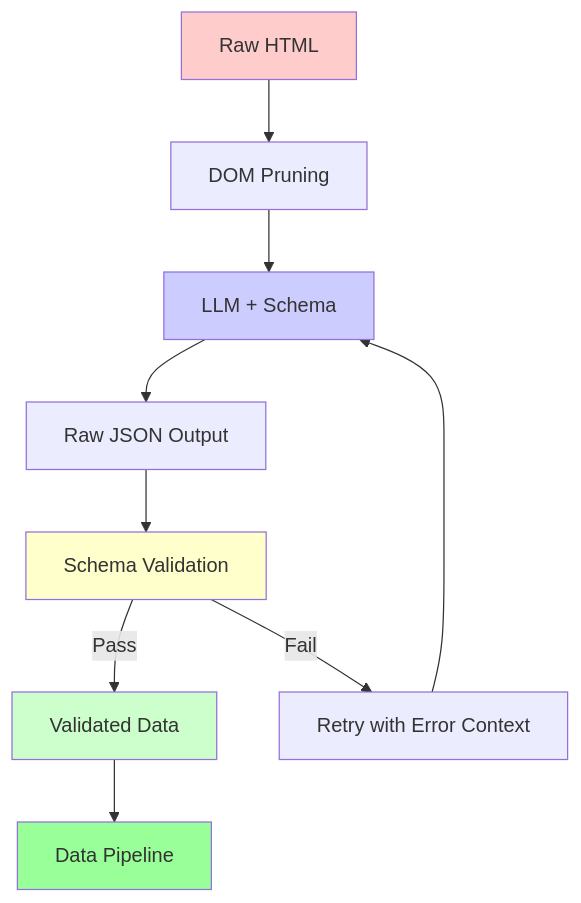
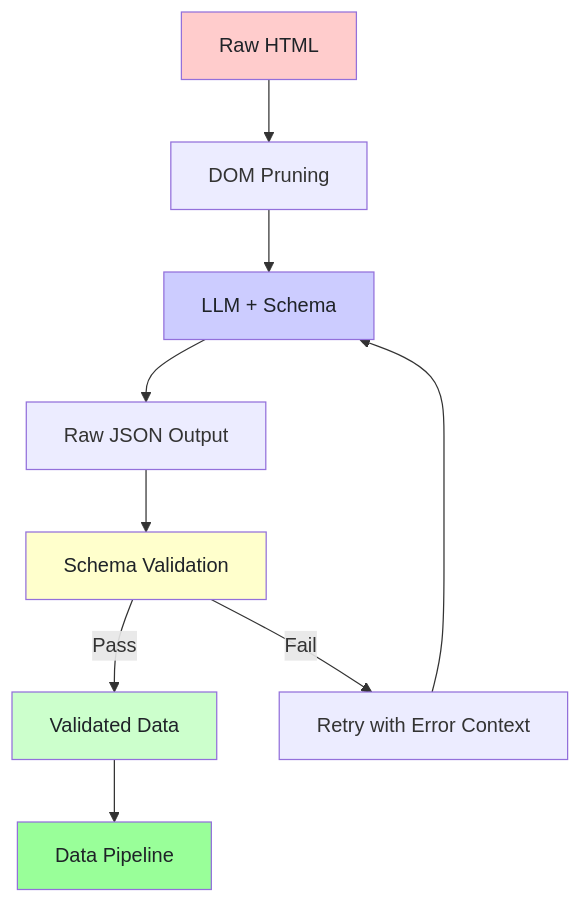
Before and after one commit to bytetunnels/bytetunnels.github.com: the diagram in _posts/2026-03-01-schema-driven-scraping-llms-pydantic-zod-structured-output.md, drawn with Mermaid. The commit also changed 118 other files, not shown here.

Commit message:
feat: improve diagram styling and compact wide flowcharts

````diff
--- a/_posts/2026-03-01-schema-driven-scraping-llms-pydantic-zod-structured-output.md
+++ b/_posts/2026-03-01-schema-driven-scraping-llms-pydantic-zod-structured-output.md
@@ -21,17 +21,17 @@
 ```mermaid
 graph TD
     A["Raw HTML"] --> B["DOM Pruning"]
     B --> C["LLM + Schema"]
     C --> D["Raw JSON Output"]
     D --> E["Schema Validation"]
     E -->|Pass| F["Validated Data"]
     E -->|Fail| G["Retry with Error Context"]
     G --> C
     F --> H["Data Pipeline"]
 
-    style A fill:#ffcccc
-    style C fill:#ccccff
-    style E fill:#ffffcc
-    style F fill:#ccffcc
-    style H fill:#99ff99
+    style A fill:#ffcccc,color:#1f2328
+    style C fill:#ccccff,color:#1f2328
+    style E fill:#ffffcc,color:#1f2328
+    style F fill:#ccffcc,color:#1f2328
+    style H fill:#99ff99,color:#1f2328
 ```
````
